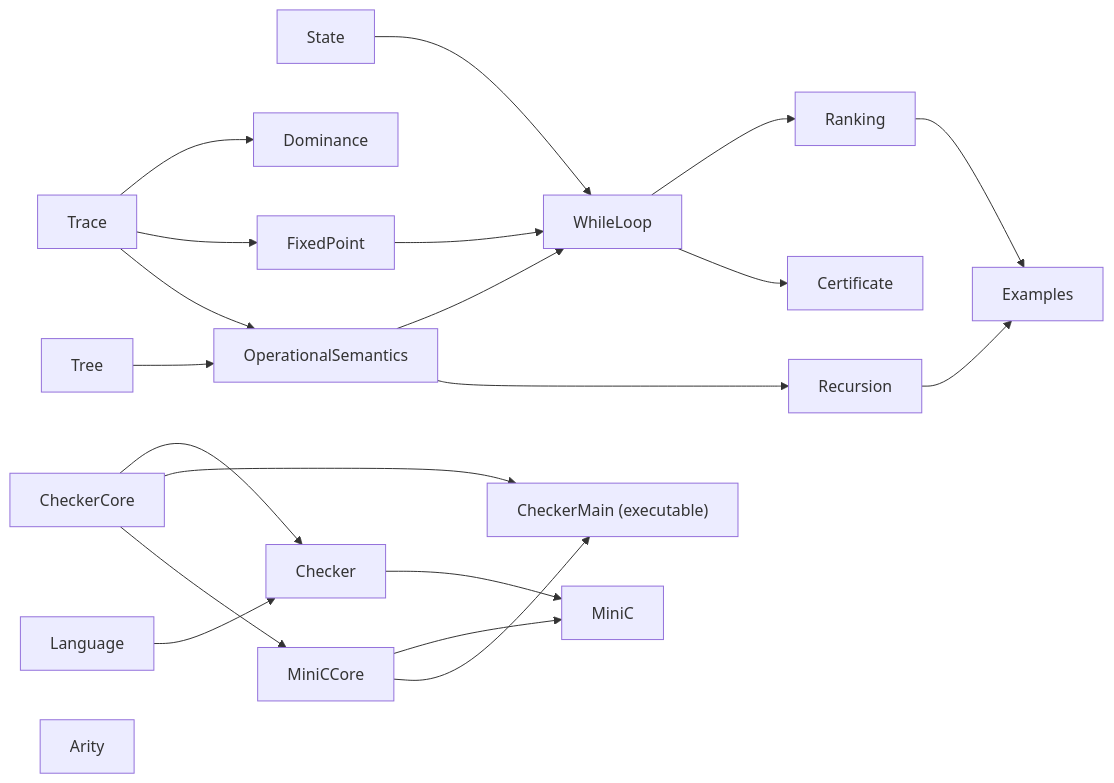
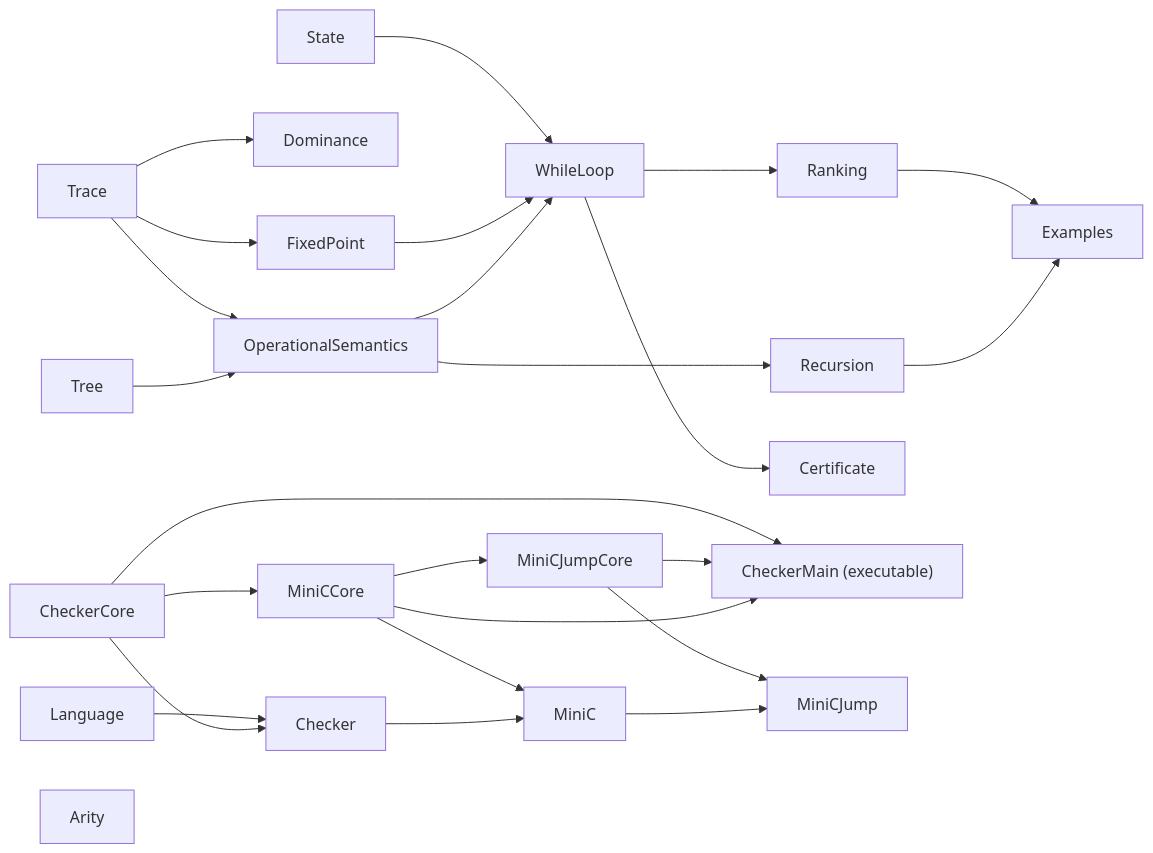
The diagram in docs/guide/05-lean.md (ldallolio/crosscheck), drawn with Mermaid before and after one commit. The commit also changed other lines of this file and 34 other files, not shown here.

````diff
--- a/docs/guide/05-lean.md
+++ b/docs/guide/05-lean.md
@@ -83,23 +83,27 @@
 ```mermaid
 flowchart LR
   State --> WhileLoop
   Trace --> Dominance
   Trace --> FixedPoint
   Trace --> OperationalSemantics
   Tree --> OperationalSemantics
   FixedPoint --> WhileLoop
   OperationalSemantics --> WhileLoop
   OperationalSemantics --> Recursion
   WhileLoop --> Ranking
   WhileLoop --> Certificate
   Ranking --> Examples
   Recursion --> Examples
   Language --> Checker
   CheckerCore --> Checker
   CheckerCore --> CheckerMain["CheckerMain (executable)"]
   CheckerCore --> MiniCCore
   MiniCCore --> MiniC
   Checker --> MiniC
+  MiniCCore --> MiniCJumpCore
+  MiniCJumpCore --> MiniCJump
+  MiniC --> MiniCJump
+  MiniCJumpCore --> CheckerMain
   MiniCCore --> CheckerMain
   Arity
 ```
````
